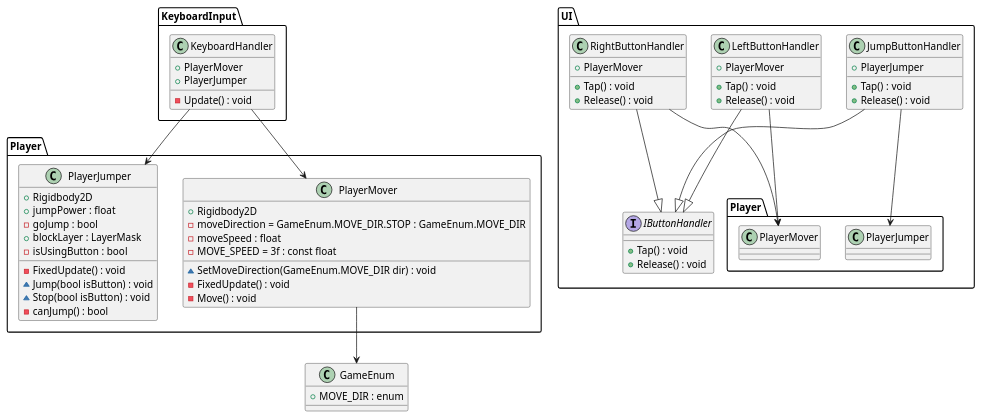
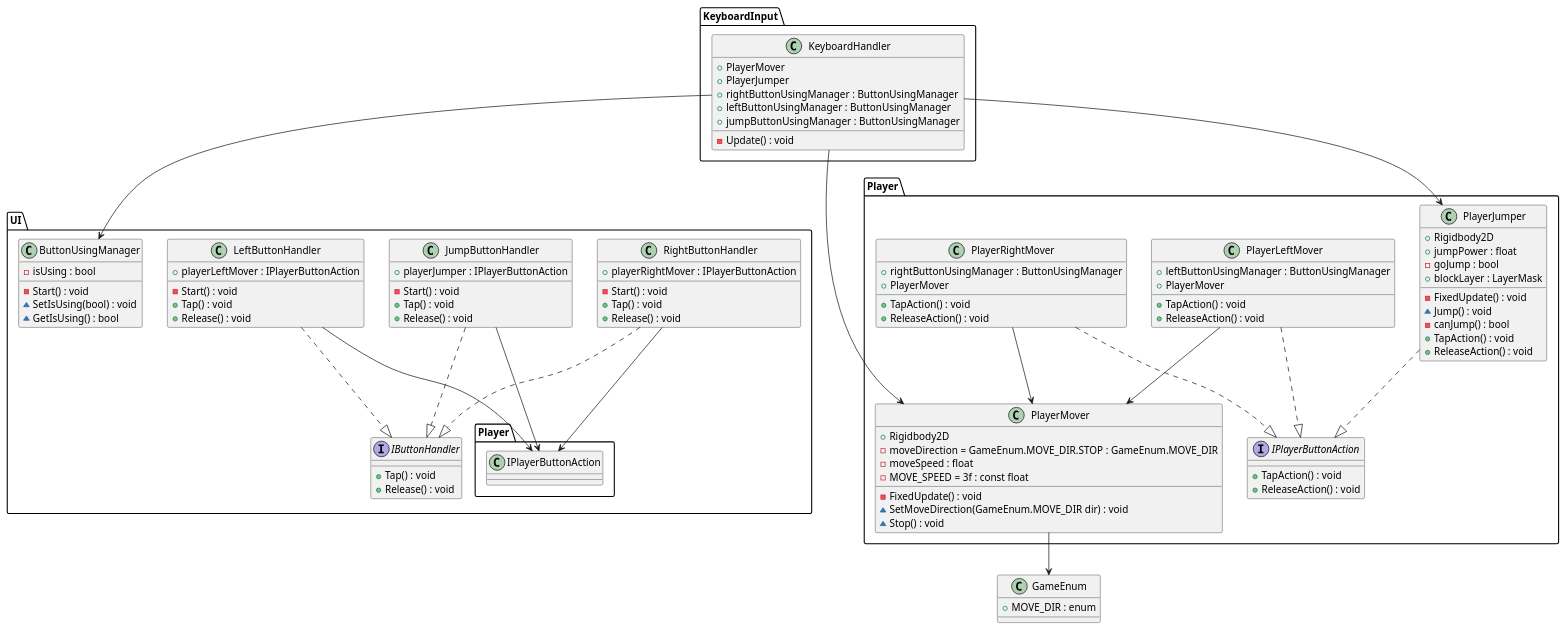
Before and after one commit to gladiolusbamboo/180921UnityTerakoyaAgain: the diagram in TheRun/UML/class.pu, drawn with PlantUML. The commit also changed 15 other files, not shown here.

```diff
--- a/TheRun/UML/class.pu
+++ b/TheRun/UML/class.pu
@@ -1,72 +1,110 @@
 @startuml TheRun
 class GameEnum{
     + MOVE_DIR : enum
 }
 
 namespace UI{
     interface IButtonHandler{
         + Tap() : void
         + Release() : void
     }
 
     class LeftButtonHandler{
-        + PlayerMover
+        + playerLeftMover : IPlayerButtonAction
+        - Start() : void
         + Tap() : void
         + Release() : void
     }
-    LeftButtonHandler --> Player.PlayerMover
-    LeftButtonHandler --|> IButtonHandler
-
+    LeftButtonHandler ..|> IButtonHandler
+    LeftButtonHandler --> Player.IPlayerButtonAction
+    
     class RightButtonHandler{
-        + PlayerMover
+        + playerRightMover : IPlayerButtonAction
+        - Start() : void
         + Tap() : void
         + Release() : void
     }
-    RightButtonHandler --> Player.PlayerMover
-    RightButtonHandler --|> IButtonHandler
-
+    RightButtonHandler ..|> IButtonHandler
+    RightButtonHandler --> Player.IPlayerButtonAction
+    
     class JumpButtonHandler{
-        + PlayerJumper
+        + playerJumper : IPlayerButtonAction
+        - Start() : void
         + Tap() : void
         + Release() : void
     }
-    JumpButtonHandler --> Player.PlayerJumper
-    JumpButtonHandler --|> IButtonHandler
+    JumpButtonHandler ..|> IButtonHandler
+    JumpButtonHandler --> Player.IPlayerButtonAction
+
+    class ButtonUsingManager{
+        - isUsing : bool
+        - Start() : void
+        ~ SetIsUsing(bool) : void
+        ~ GetIsUsing() : bool
+    }
 }
 
 namespace Player{
+    interface IPlayerButtonAction{
+        + TapAction() : void
+        + ReleaseAction() : void
+    }
+
+    class PlayerLeftMover{
+        + leftButtonUsingManager : ButtonUsingManager
+        + PlayerMover
+        + TapAction() : void
+        + ReleaseAction() : void
+    }
+    PlayerLeftMover ..|> IPlayerButtonAction
+    PlayerLeftMover --> PlayerMover
+
+    class PlayerRightMover{
+        + rightButtonUsingManager : ButtonUsingManager
+        + PlayerMover
+        + TapAction() : void
+        + ReleaseAction() : void
+    }
+    PlayerRightMover ..|> IPlayerButtonAction
+    PlayerRightMover --> PlayerMover
+
     class PlayerMover{
         + Rigidbody2D
         - moveDirection = GameEnum.MOVE_DIR.STOP : GameEnum.MOVE_DIR
         - moveSpeed : float
         - MOVE_SPEED = 3f : const float 
+        - FixedUpdate() : void
         ~ SetMoveDirection(GameEnum.MOVE_DIR dir) : void
-        - FixedUpdate() : void
-        - Move() : void
+        ~ Stop() : void
     }
     PlayerMover --> .GameEnum
 
     class PlayerJumper{
         + Rigidbody2D
         + jumpPower : float
         - goJump : bool
         + blockLayer : LayerMask
-        - isUsingButton : bool
         - FixedUpdate() : void
-        ~ Jump(bool isButton) : void
-        ~ Stop(bool isButton) : void
+        ~ Jump() : void
         - canJump() : bool
+        + TapAction() : void
+        + ReleaseAction() : void
     }
+    PlayerJumper ..|>  IPlayerButtonAction
 }
 
 namespace KeyboardInput{
     class KeyboardHandler{
         + PlayerMover
         + PlayerJumper
+        + rightButtonUsingManager : ButtonUsingManager
+        + leftButtonUsingManager : ButtonUsingManager
+        + jumpButtonUsingManager : ButtonUsingManager
         - Update() : void
     }
     KeyboardHandler --> Player.PlayerMover
     KeyboardHandler --> Player.PlayerJumper
+    KeyboardHandler --> UI.ButtonUsingManager
 }
 
 @enduml
```
